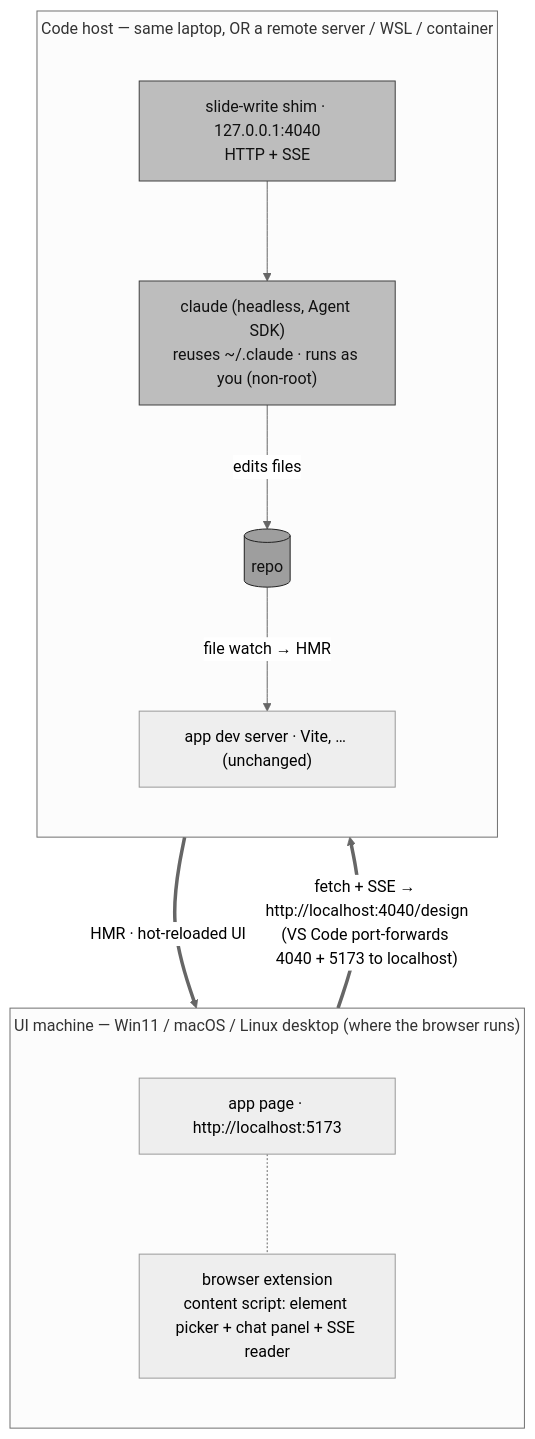
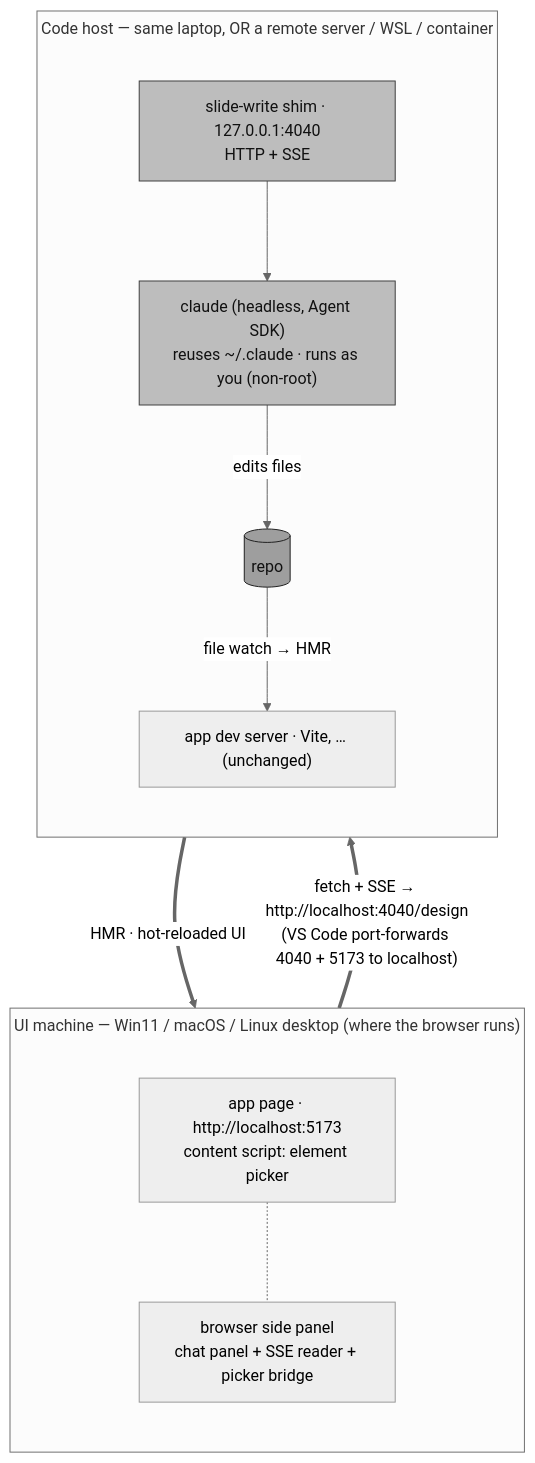
Before and after one commit to mikeg0/slide-write: the first of 2 diagrams in README.md, drawn with Mermaid. The commit also changed other lines of this file and 4 other files, not shown here.

````diff
--- a/README.md
+++ b/README.md
@@ -109,29 +112,29 @@
 ```mermaid
 %%{init: {'theme':'neutral', 'flowchart': {'diagramPadding': 16, 'nodeSpacing': 55, 'rankSpacing': 75, 'padding': 14, 'subGraphTitleMargin': {'top': 6, 'bottom': 14}}}}%%
 flowchart TB
     subgraph UI["UI machine — Win11 / macOS / Linux desktop (where the browser runs)"]
         direction TB
-        PAGE["app page · http://localhost:5173"]
-        EXT["browser extension<br/>content script: element picker + chat panel + SSE reader"]
+        PAGE["app page · http://localhost:5173<br/>content script: element picker"]
+        EXT["browser side panel<br/>chat panel + SSE reader + picker bridge"]
         PAGE -.- EXT
     end
 
     subgraph CODE["Code host — same laptop, OR a remote server / WSL / container"]
         direction TB
         SHIM["slide-write shim · 127.0.0.1:4040<br/>HTTP + SSE"]
         CLAUDE["claude (headless, Agent SDK)<br/>reuses ~/.claude · runs as you (non-root)"]
         DEV["app dev server · Vite, … (unchanged)"]
         REPO[("repo")]
         SHIM --> CLAUDE
         CLAUDE -- "edits files" --> REPO
         REPO -- "file watch → HMR" --> DEV
     end
 
     EXT == "fetch + SSE → http://localhost:4040/design<br/>(VS Code port-forwards 4040 + 5173 to localhost)" ==> SHIM
     DEV == "HMR · hot-reloaded UI" ==> PAGE
 
     classDef hot fill:#bdbdbd,stroke:#404040,color:#111111;
     classDef repo fill:#9e9e9e,stroke:#212121,color:#111111;
     class SHIM,CLAUDE hot;
     class REPO repo;
 ```
````
